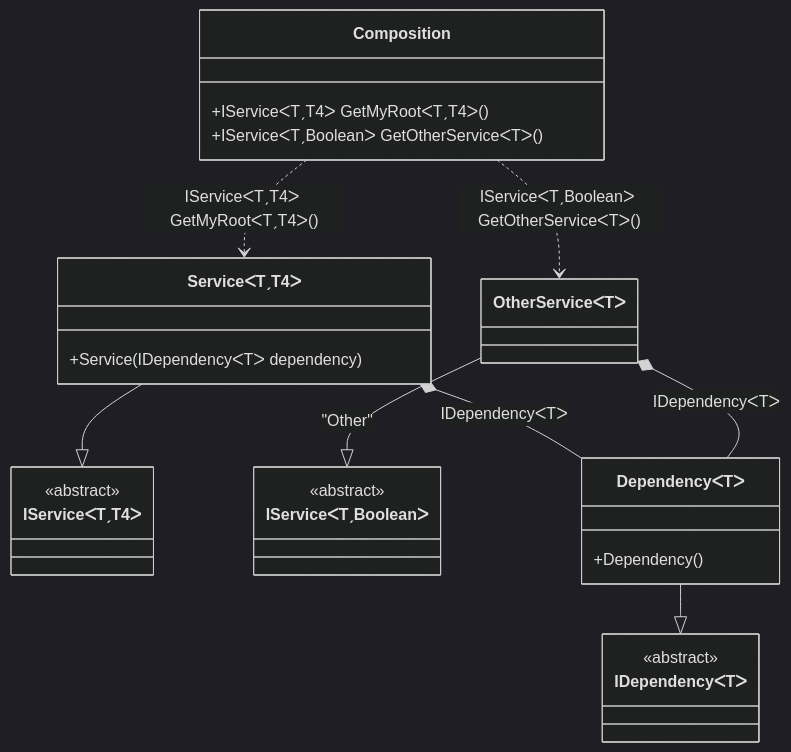
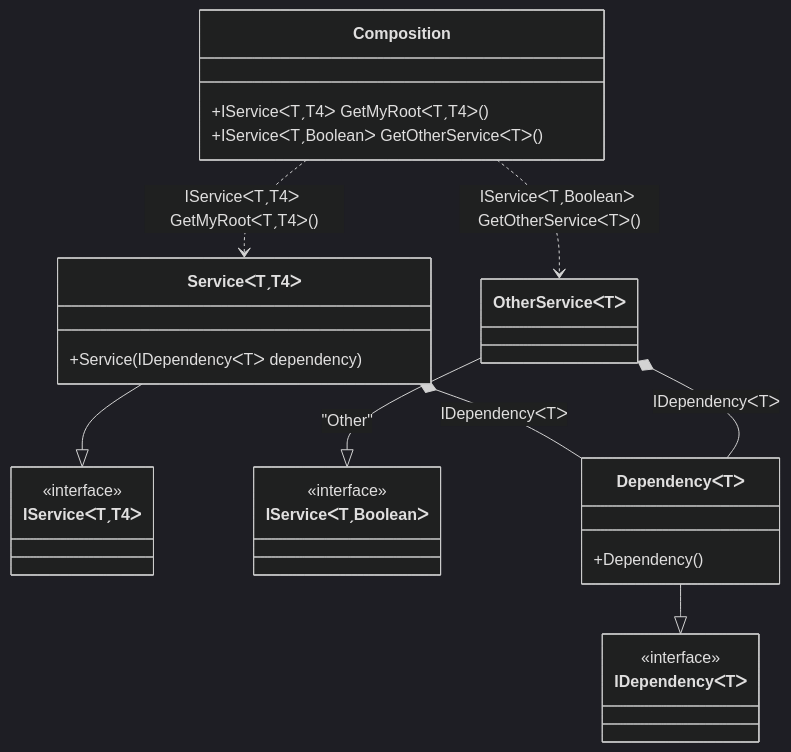
Before and after one commit to DevTeam/Pure.DI: the diagram in readme/generic-composition-roots-with-constraints.md, drawn with Mermaid (dark theme). The commit also changed other lines of this file and 113 other files, not shown here.

````diff
--- a/readme/generic-composition-roots-with-constraints.md
+++ b/readme/generic-composition-roots-with-constraints.md
@@ -59,30 +59,30 @@
 ```mermaid
 classDiagram
 	class Composition {
 		+IServiceᐸTˏT4ᐳ GetMyRootᐸTˏT4ᐳ()
 		+IServiceᐸTˏBooleanᐳ GetOtherServiceᐸTᐳ()
 	}
 	ServiceᐸTˏT4ᐳ --|> IServiceᐸTˏT4ᐳ : 
 	class ServiceᐸTˏT4ᐳ {
 		+Service(IDependencyᐸTᐳ dependency)
 	}
 	OtherServiceᐸTᐳ --|> IServiceᐸTˏBooleanᐳ : "Other" 
 	class OtherServiceᐸTᐳ
 	DependencyᐸTᐳ --|> IDependencyᐸTᐳ : 
 	class DependencyᐸTᐳ {
 		+Dependency()
 	}
 	class IServiceᐸTˏT4ᐳ {
-		<<abstract>>
+		<<interface>>
 	}
 	class IServiceᐸTˏBooleanᐳ {
-		<<abstract>>
+		<<interface>>
 	}
 	class IDependencyᐸTᐳ {
-		<<abstract>>
+		<<interface>>
 	}
 	Composition ..> ServiceᐸTˏT4ᐳ : IServiceᐸTˏT4ᐳ GetMyRootᐸTˏT4ᐳ()
 	Composition ..> OtherServiceᐸTᐳ : IServiceᐸTˏBooleanᐳ GetOtherServiceᐸTᐳ()
 	ServiceᐸTˏT4ᐳ *--  DependencyᐸTᐳ : IDependencyᐸTᐳ
 	OtherServiceᐸTᐳ *--  DependencyᐸTᐳ : IDependencyᐸTᐳ
 ```
````
